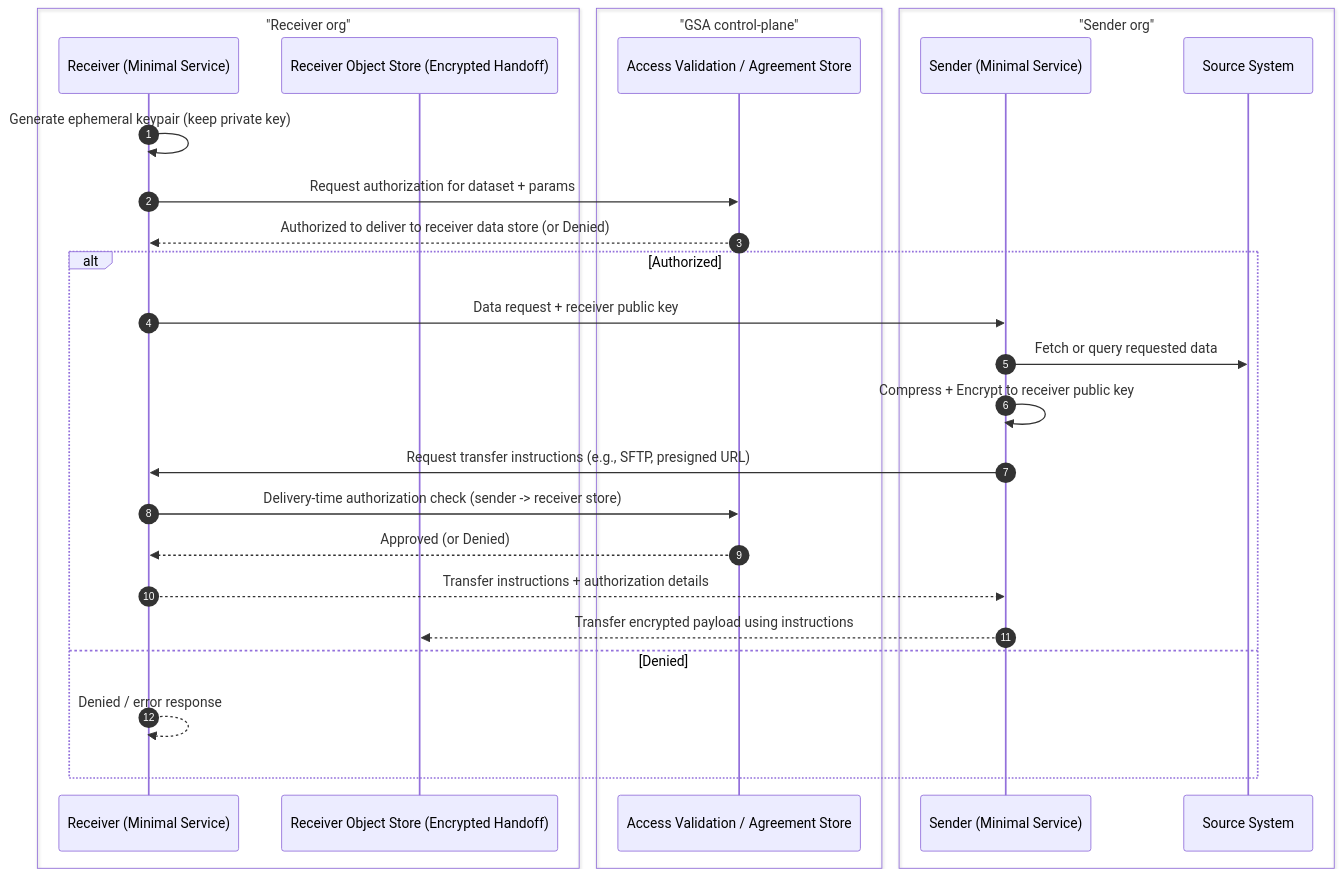
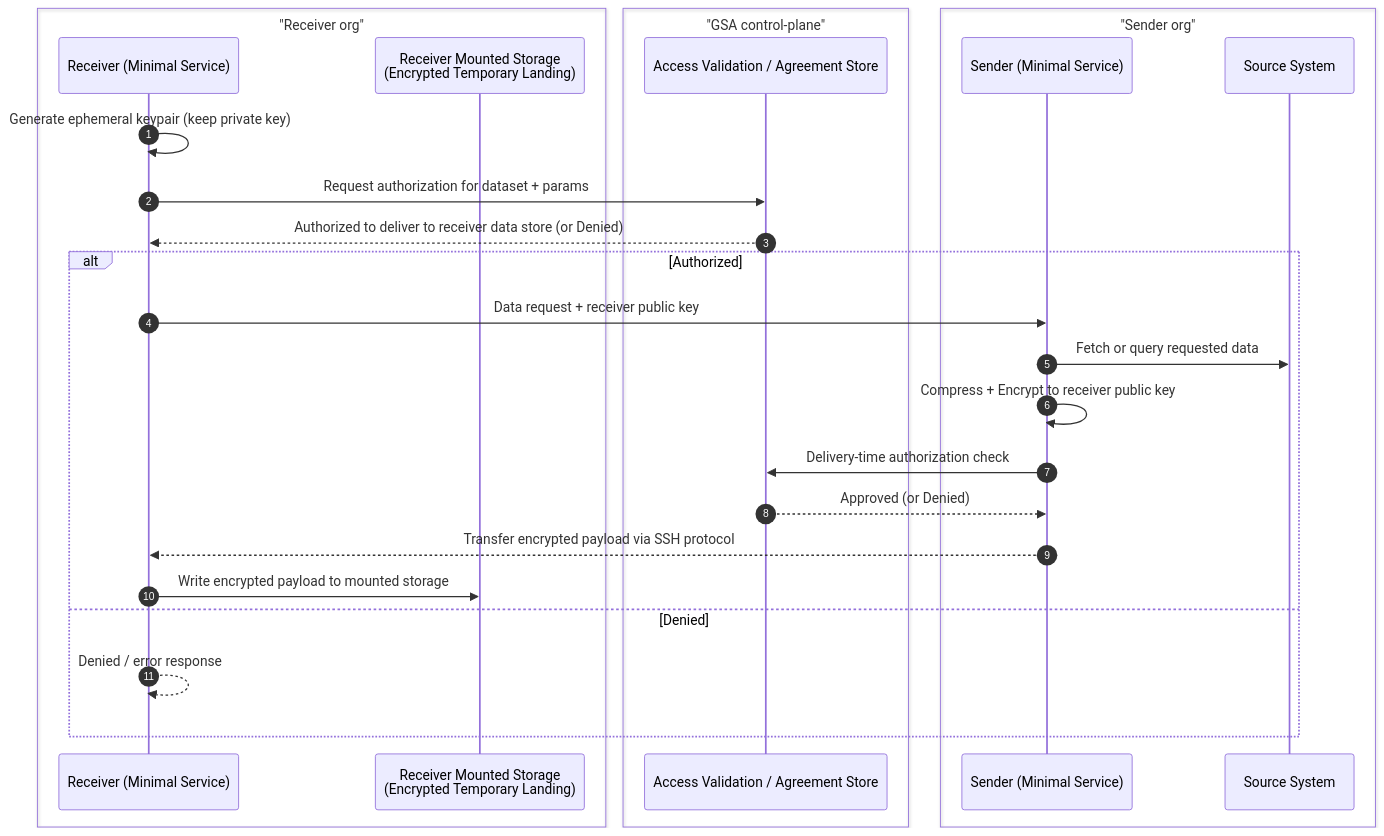
One commit to GSA-TTS/TTSE-Redwood changed the seventh of 8 diagrams in docs/adr/0001-fde-architecture-diagrams.md. Above: the diagram before and after it, drawn with Mermaid. The commit also changed other lines of this file and 1 other file, not shown here.

First line of the commit message:
WIP: refine FDE agent transfer flow (static mounts, SSH agent-to-agent)

````diff
--- a/docs/adr/0001-fde-architecture-diagrams.md
+++ b/docs/adr/0001-fde-architecture-diagrams.md
@@ -220,32 +213,31 @@
 ```mermaid
 sequenceDiagram
   autonumber
   box "Receiver org"
     participant R as Receiver (Minimal Service)
-    participant ROS as Receiver Object Store (Encrypted Handoff)
+    participant RMS as Receiver Mounted Storage<br/>(Encrypted Temporary Landing)
   end
   box "GSA control-plane"
     participant AV as Access Validation / Agreement Store
   end
   box "Sender org"
     participant S as Sender (Minimal Service)
     participant SRC as Source System
   end
 
   R->>R: Generate ephemeral keypair (keep private key)
   R->>AV: Request authorization for dataset + params
   AV-->>R: Authorized to deliver to receiver data store (or Denied)
 
   alt Authorized
     R->>S: Data request + receiver public key
     S->>SRC: Fetch or query requested data
     S->>S: Compress + Encrypt to receiver public key
-    S->>R: Request transfer instructions (e.g., SFTP, presigned URL)
-    R->>AV: Delivery-time authorization check (sender -> receiver store)
-    AV-->>R: Approved (or Denied)
-    R-->>S: Transfer instructions + authorization details
-    S-->>ROS: Transfer encrypted payload using instructions
+    S->>AV: Delivery-time authorization check
+    AV-->>S: Approved (or Denied)
+    S-->>R: Transfer encrypted payload via SSH protocol
+    R->>RMS: Write encrypted payload to mounted storage
   else Denied
     R-->>R: Denied / error response
   end
 ```
````
